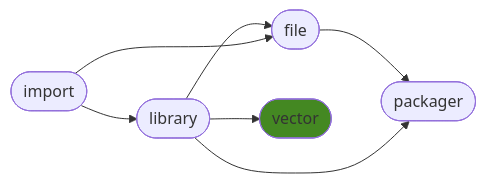
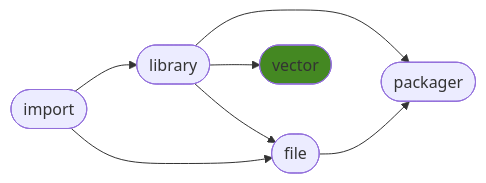
The diagram in README.md (ManderaGeneral/generalvector), drawn with Mermaid before and after one commit. The commit also changed other lines of this file, not shown here.

````diff
--- a/README.md
+++ b/README.md
@@ -24,15 +24,15 @@
 ```mermaid
 flowchart LR
-1([library]) --> 2([file])
-1([library]) --> 3([vector])
-2([file]) --> 4([packager])
 0([import]) --> 1([library])
 0([import]) --> 2([file])
 1([library]) --> 4([packager])
+1([library]) --> 3([vector])
+1([library]) --> 2([file])
+2([file]) --> 4([packager])
 click 0 "https://github.com/ManderaGeneral/generalimport"
 click 1 "https://github.com/ManderaGeneral/generallibrary"
 click 2 "https://github.com/ManderaGeneral/generalfile"
 click 3 "https://github.com/ManderaGeneral/generalvector"
 click 4 "https://github.com/ManderaGeneral/generalpackager"
 style 3 fill:#482
 ```
````
